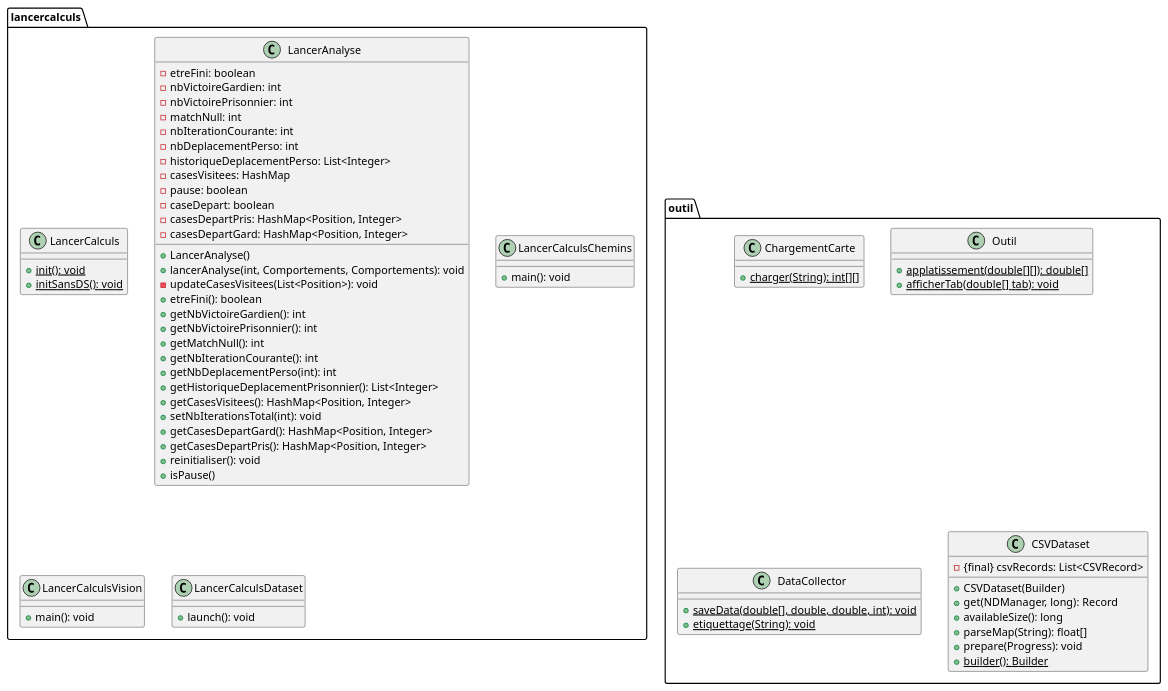
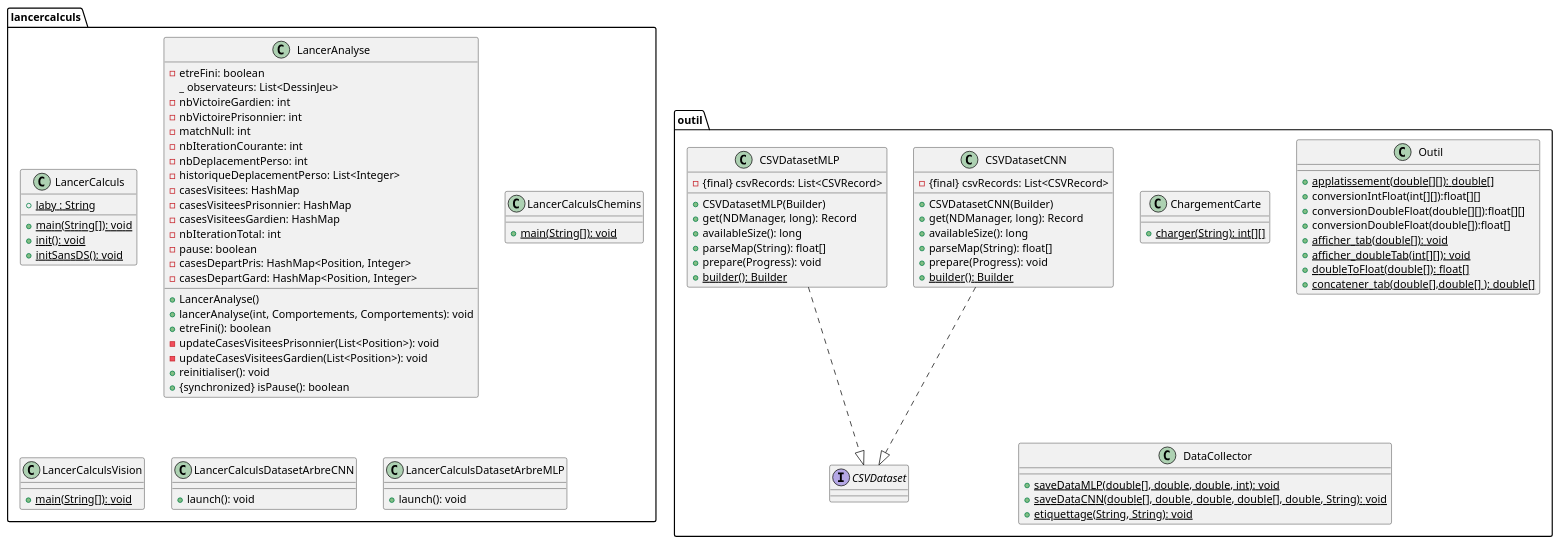
The diagram in projet_tut_poursuite-evasion/code_diag_class/diagClassPart3.puml (celie-ponroy/projet_tutore_amaglio_bitsindou_dechezlepretre_ponroy_RAIL2), drawn with PlantUML before and after one commit. The commit also changed 3 other files, not shown here.

Commit message:
diagramme de classe

```diff
--- a/projet_tut_poursuite-evasion/code_diag_class/diagClassPart3.puml
+++ b/projet_tut_poursuite-evasion/code_diag_class/diagClassPart3.puml
@@ -1,71 +1,95 @@
 @startuml
 
 package "lancercalculs"{
   class LancerCalculs{
+    + {static} main(String[]): void
+    + {static} laby : String
     + {static} init(): void
     + {static} initSansDS(): void
+
   }
   class LancerAnalyse{
     - etreFini: boolean
+    _ observateurs: List<DessinJeu>
     - nbVictoireGardien: int
     - nbVictoirePrisonnier: int
     - matchNull: int
     - nbIterationCourante: int
     - nbDeplacementPerso: int
     - historiqueDeplacementPerso: List<Integer>
     - casesVisitees: HashMap
+    - casesVisiteesPrisonnier: HashMap
+    - casesVisiteesGardien: HashMap
+    - nbIterationTotal: int
     - pause: boolean
-    - caseDepart: boolean
     - casesDepartPris: HashMap<Position, Integer>
     - casesDepartGard: HashMap<Position, Integer>
     + LancerAnalyse()
     + lancerAnalyse(int, Comportements, Comportements): void
-    - updateCasesVisitees(List<Position>): void
     + etreFini(): boolean
-    + getNbVictoireGardien(): int
-    + getNbVictoirePrisonnier(): int
-    + getMatchNull(): int
-    + getNbIterationCourante(): int
-    + getNbDeplacementPerso(int): int
-    + getHistoriqueDeplacementPrisonnier(): List<Integer>
-    + getCasesVisitees(): HashMap<Position, Integer>
-    + setNbIterationsTotal(int): void
-    + getCasesDepartGard(): HashMap<Position, Integer>
-    + getCasesDepartPris(): HashMap<Position, Integer>
+    - updateCasesVisiteesPrisonnier(List<Position>): void
+    - updateCasesVisiteesGardien(List<Position>): void
     + reinitialiser(): void
-    + isPause()
+    + {synchronized} isPause(): boolean
   }
   class LancerCalculsChemins{
-    + main(): void
+    + {static} main(String[]): void
   }
   class LancerCalculsVision{
-      + main(): void
+    + {static} main(String[]): void
   }
-  class LancerCalculsDataset{
+  class LancerCalculsDatasetArbreCNN{
         + launch(): void
   }
+
+   class LancerCalculsDatasetArbreMLP{
+          + launch(): void
+    }
+
 }
 package "outil"{
     class ChargementCarte{
         + {static} charger(String): int[][]
     }
     class Outil{
       + {static} applatissement(double[][]): double[]
-      + {static} afficherTab(double[] tab): void
+      + conversionIntFloat(int[][]):float[][]
+      + conversionDoubleFloat(double[][]):float[][]
+      + conversionDoubleFloat(double[]):float[]
+      + {static} afficher_tab(double[]): void
+      + {static} afficher_doubleTab(int[][]): void
+      + {static} doubleToFloat(double[]): float[]
+      + {static} concatener_tab(double[],double[] ): double[]
     }
     class DataCollector{
-        + {static} saveData(double[], double, double, int): void
-        + {static} etiquettage(String): void
+        + {static} saveDataMLP(double[], double, double, int): void
+        + {static} saveDataCNN(double[], double, double, double[], double, String): void
+        + {static} etiquettage(String, String): void
     }
-    class CSVDataset{
+    interface CSVDataset{
+
+    }
+    class CSVDatasetCNN{
         - {final} csvRecords: List<CSVRecord>
-        + CSVDataset(Builder)
+        + CSVDatasetCNN(Builder)
         + get(NDManager, long): Record
         + availableSize(): long
         + parseMap(String): float[]
         + prepare(Progress): void
         + {static} builder(): Builder
     }
+    class CSVDatasetMLP{
+            - {final} csvRecords: List<CSVRecord>
+            + CSVDatasetMLP(Builder)
+            + get(NDManager, long): Record
+            + availableSize(): long
+            + parseMap(String): float[]
+            + prepare(Progress): void
+            + {static} builder(): Builder
+    }
 }
+CSVDatasetCNN ..|> CSVDataset
+CSVDatasetMLP ..|> CSVDataset
+
 
 @enduml
```
